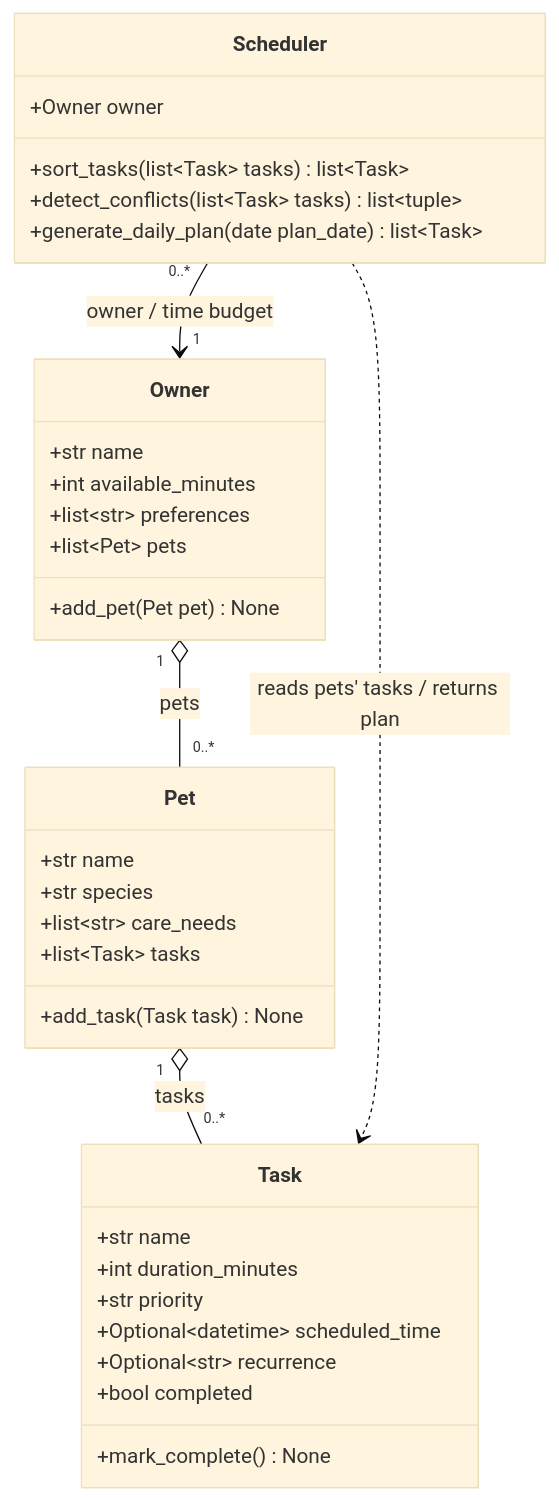
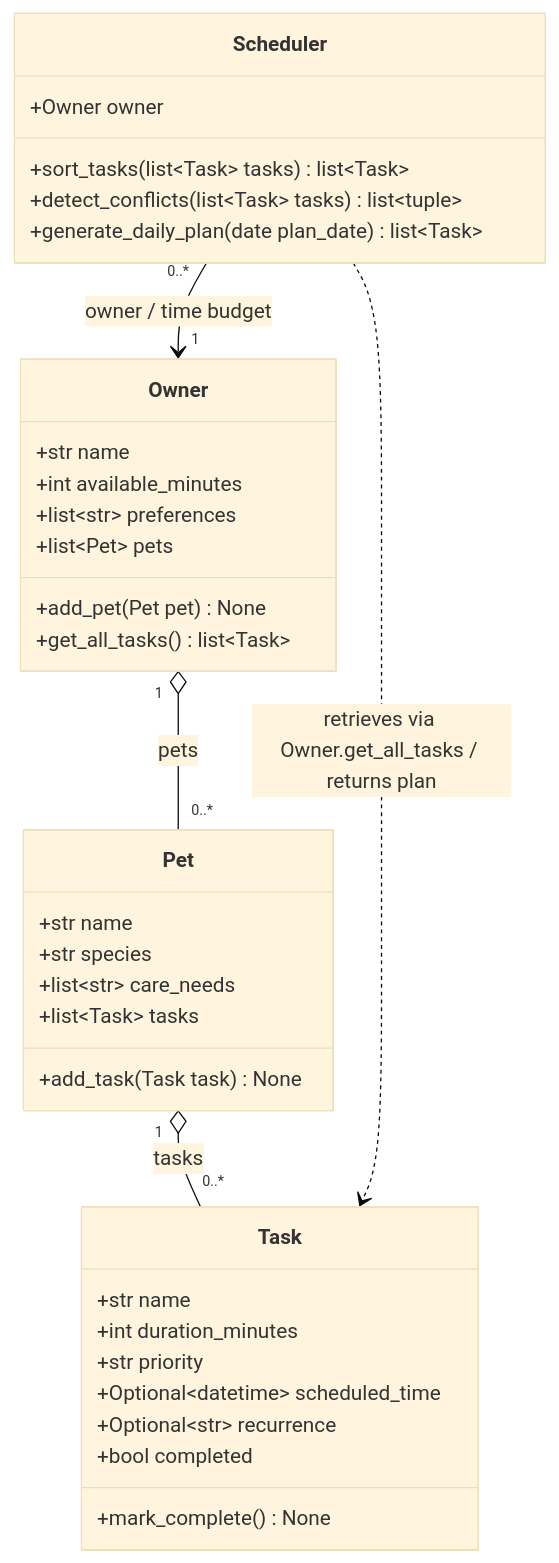
The diagram in diagrams/uml_draft.mmd (elOHel65/ai110-module2show-pawpal-starter), drawn with Mermaid (base theme) before and after one commit. The commit also changed 4 other files, not shown here.

```diff
--- a/diagrams/uml_draft.mmd
+++ b/diagrams/uml_draft.mmd
@@ -1,37 +1,38 @@
 classDiagram
     %% Optional scheduled_time is an absolute start datetime.
     %% The daily plan is a returned list of Tasks, not a separate class.
     class Owner {
         +str name
         +int available_minutes
         +list~str~ preferences
         +list~Pet~ pets
         +add_pet(Pet pet) None
+        +get_all_tasks() list~Task~
     }
     class Pet {
         +str name
         +str species
         +list~str~ care_needs
         +list~Task~ tasks
         +add_task(Task task) None
     }
     class Task {
         +str name
         +int duration_minutes
         +str priority
         +Optional~datetime~ scheduled_time
         +Optional~str~ recurrence
         +bool completed
         +mark_complete() None
     }
     class Scheduler {
         +Owner owner
         +sort_tasks(list~Task~ tasks) list~Task~
         +detect_conflicts(list~Task~ tasks) list~tuple~
         +generate_daily_plan(date plan_date) list~Task~
     }
     Owner "1" o-- "0..*" Pet : pets
     Pet "1" o-- "0..*" Task : tasks
     Scheduler "0..*" --> "1" Owner : owner / time budget
-    Scheduler ..> Task : reads pets' tasks / returns plan
+    Scheduler ..> Task : retrieves via Owner.get_all_tasks / returns plan
     %% detect_conflicts returns list[tuple[Task, Task]] (overlapping pairs).
```
